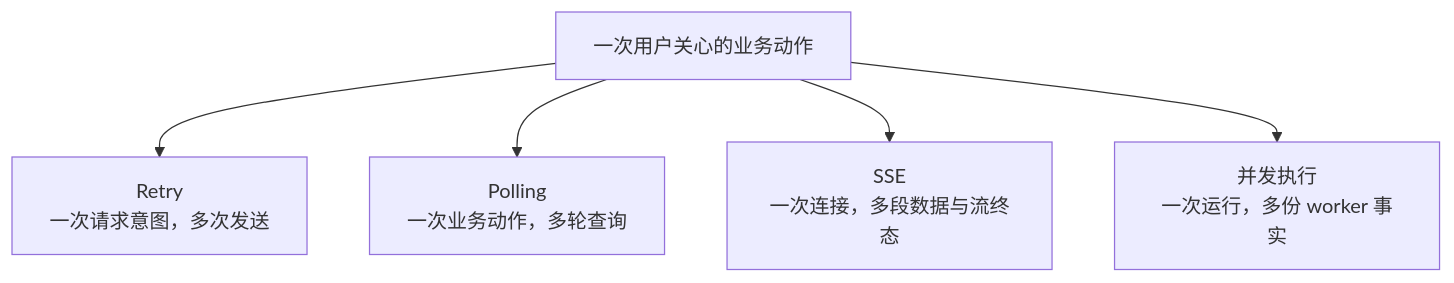
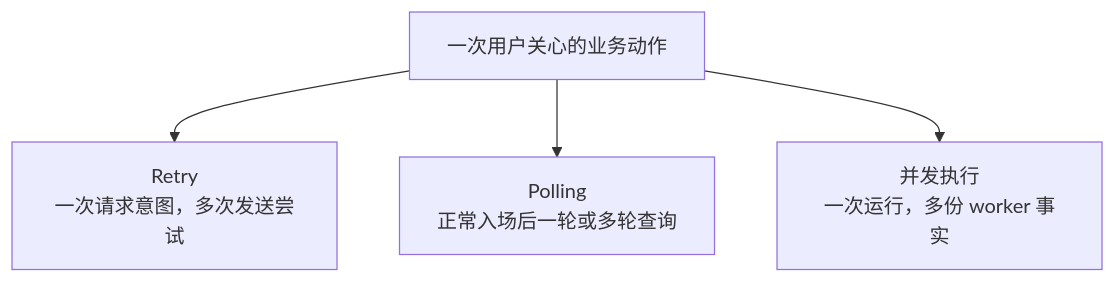
Before and after one commit to wjy801/llm_api_case: the second of 5 diagrams in course/核心/第01课-复杂LLM调用为什么需要可信事实链.md, drawn with Mermaid. The commit also changed other lines of this file and 12 other files, not shown here.

````diff
--- a/course/核心/第01课-复杂LLM调用为什么需要可信事实链.md
+++ b/course/核心/第01课-复杂LLM调用为什么需要可信事实链.md
@@ -166,9 +167,8 @@
 ```mermaid
 flowchart TD
     A["一次用户关心的业务动作"]
 
-    A --> R["Retry<br/>一次请求意图，多次发送"]
-    A --> P["Polling<br/>一次业务动作，多轮查询"]
-    A --> S["SSE<br/>一次连接，多段数据与流终态"]
+    A --> R["Retry<br/>一次请求意图，多次发送尝试"]
+    A --> P["Polling<br/>正常入场后一轮或多轮查询"]
     A --> W["并发执行<br/>一次运行，多份 worker 事实"]
 ```
````
